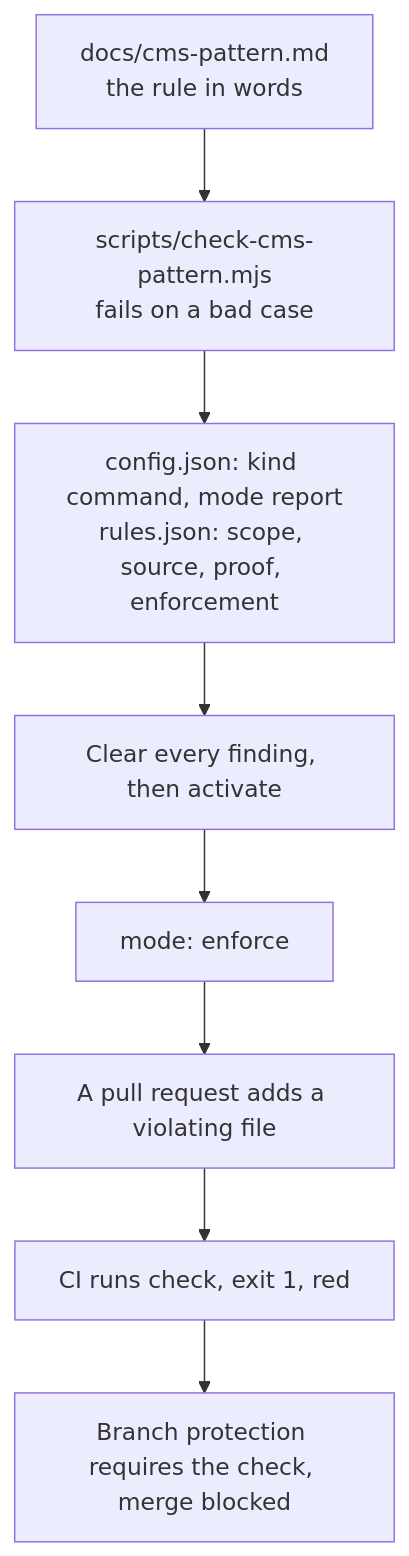
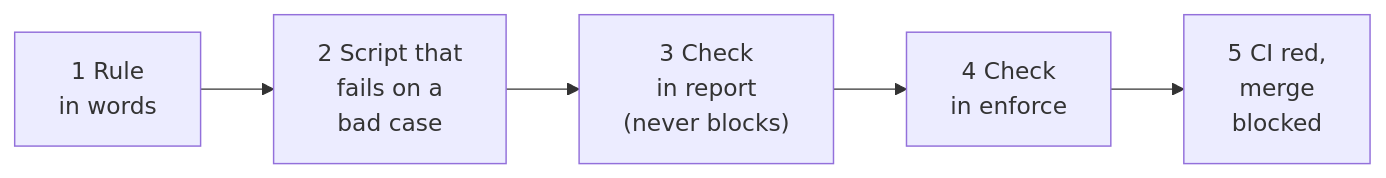
One commit to wahengchang/gov-skills changed the diagram in docs/how-it-works.md. Above: the diagram before and after it, drawn with Mermaid. The commit also changed other lines of this file and 1 other file, not shown here.

First line of the commit message:
docs: restructure how-it-works into three levels and shrink the diagrams

````diff
--- a/docs/how-it-works.md
+++ b/docs/how-it-works.md
@@ -180,10 +11,7 @@
 ```mermaid
-flowchart TD
-    A["docs/cms-pattern.md<br/>the rule in words"] --> B["scripts/check-cms-pattern.mjs<br/>fails on a bad case"]
-    B --> C["config.json: kind command, mode report<br/>rules.json: scope, source, proof, enforcement"]
-    C --> D["Clear every finding, then activate"]
-    D --> E["mode: enforce"]
-    E --> F["A pull request adds a violating file"]
-    F --> G["CI runs check, exit 1, red"]
-    G --> H["Branch protection requires the check, merge blocked"]
+flowchart LR
+    A["1 Rule<br/>in words"] --> B["2 Script that<br/>fails on a<br/>bad case"]
+    B --> C["3 Check<br/>in report<br/>(never blocks)"]
+    C --> D["4 Check<br/>in enforce"]
+    D --> E["5 CI red,<br/>merge<br/>blocked"]
 ```
````
